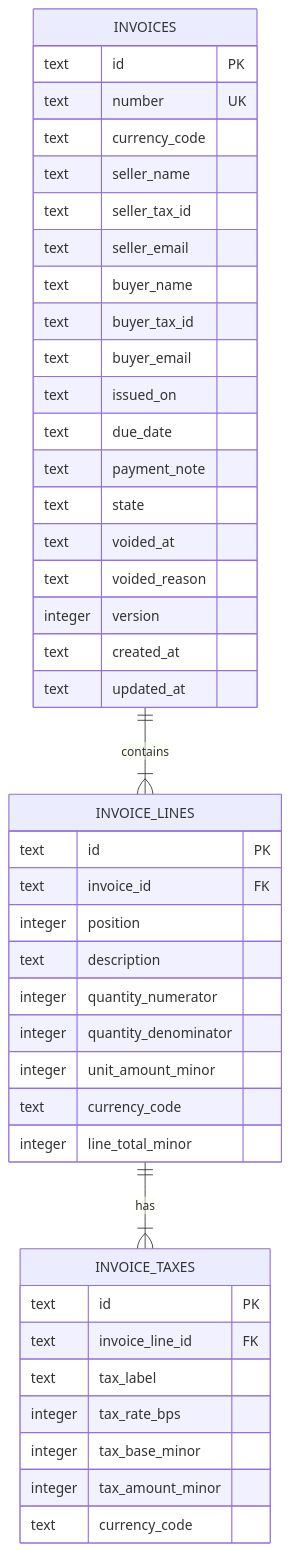
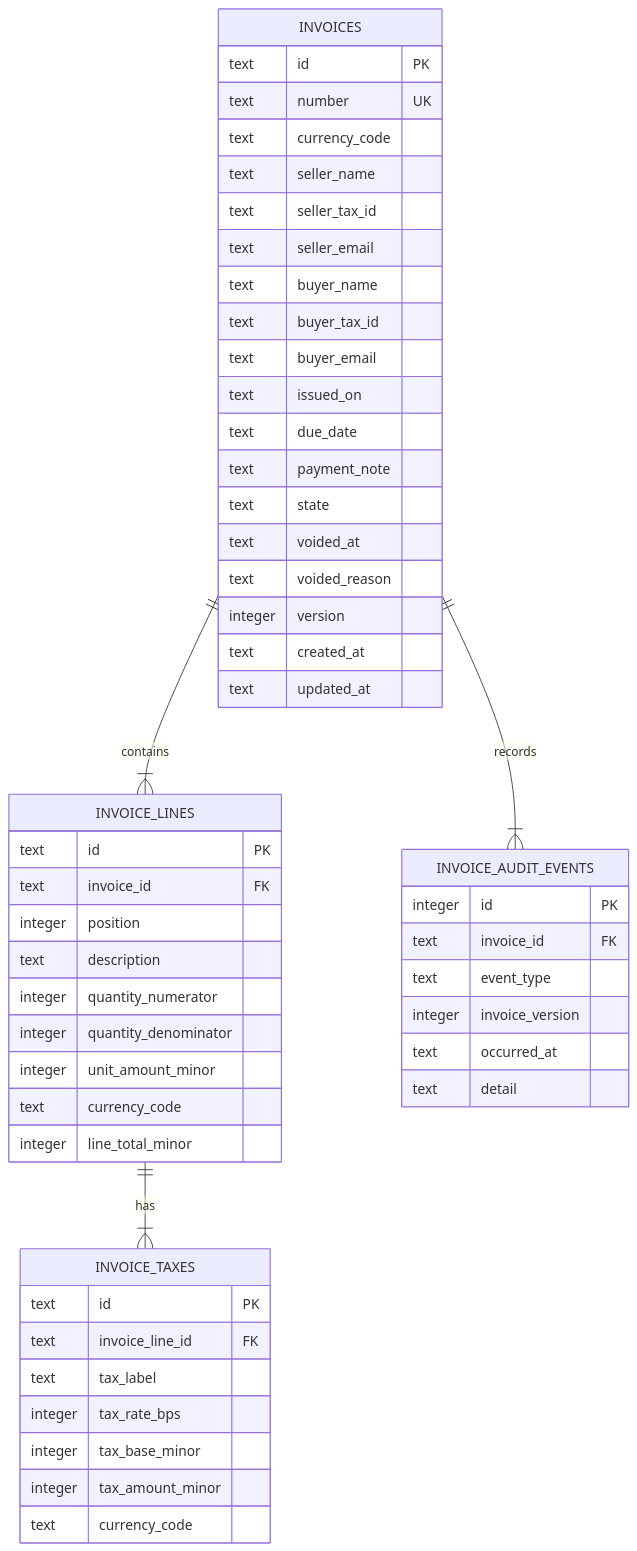
One commit to IdelsTak/plain-invoice-app changed the first of 3 diagrams in docs/PERSISTENCE-DESIGN.md. Above: the diagram before and after it, drawn with Mermaid. The commit also changed other lines of this file and 8 other files, not shown here.

First line of the commit message:
feat: add invoice audit trail

````diff
--- a/docs/PERSISTENCE-DESIGN.md
+++ b/docs/PERSISTENCE-DESIGN.md
@@ -103,48 +122,58 @@
 ```mermaid
 erDiagram
     INVOICES ||--|{ INVOICE_LINES : contains
+    INVOICES ||--|{ INVOICE_AUDIT_EVENTS : records
     INVOICE_LINES ||--|{ INVOICE_TAXES : has
 
     INVOICES {
       text id PK
       text number UK
       text currency_code
       text seller_name
       text seller_tax_id
       text seller_email
       text buyer_name
       text buyer_tax_id
       text buyer_email
       text issued_on
       text due_date
       text payment_note
       text state
       text voided_at
       text voided_reason
       integer version
       text created_at
       text updated_at
     }
 
     INVOICE_LINES {
       text id PK
       text invoice_id FK
       integer position
       text description
       integer quantity_numerator
       integer quantity_denominator
       integer unit_amount_minor
       text currency_code
       integer line_total_minor
     }
 
     INVOICE_TAXES {
       text id PK
       text invoice_line_id FK
       text tax_label
       integer tax_rate_bps
       integer tax_base_minor
       integer tax_amount_minor
       text currency_code
     }
+
+    INVOICE_AUDIT_EVENTS {
+      integer id PK
+      text invoice_id FK
+      text event_type
+      integer invoice_version
+      text occurred_at
+      text detail
+    }
 ```
````
